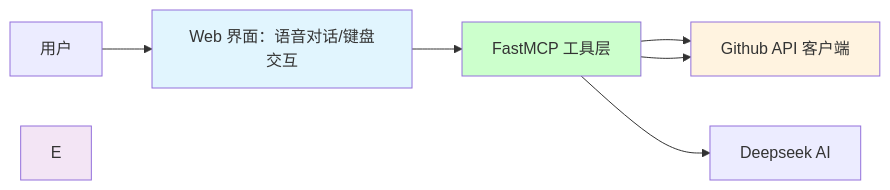
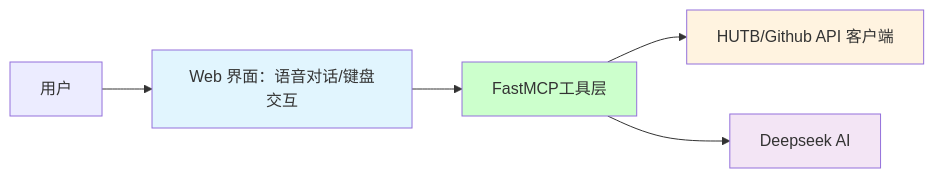
Before and after one commit to OpenHUTB/mcp: the diagram in README.md, drawn with Mermaid.

Commit message:
合并HUTB/Github API 客户端调用

````diff
--- a/README.md
+++ b/README.md
@@ -9,13 +9,12 @@
 ```mermaid
 graph LR
     A[用户] --> B[Web 界面：语音对话/键盘交互]
-    B --> C[FastMCP 工具层]
-    C --> D[HUTB API 客户端]
-    C --> D[Github API 客户端]
-    C --> F[Deepseek AI]
+    B --> C[FastMCP工具层]
+    C --> D[HUTB/Github API 客户端]
+    C --> E[Deepseek AI]
     
     style B fill:#e1f5fe
     style C fill:#ccffcc
     style D fill:#fff3e0
     style E fill:#f3e5f5
 ```
````
